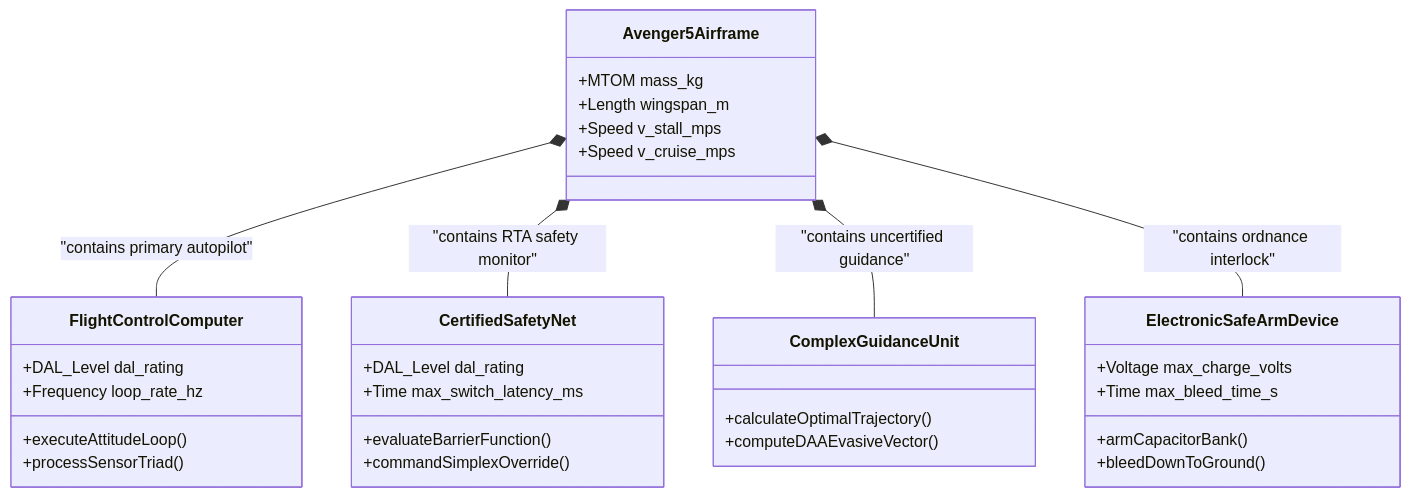
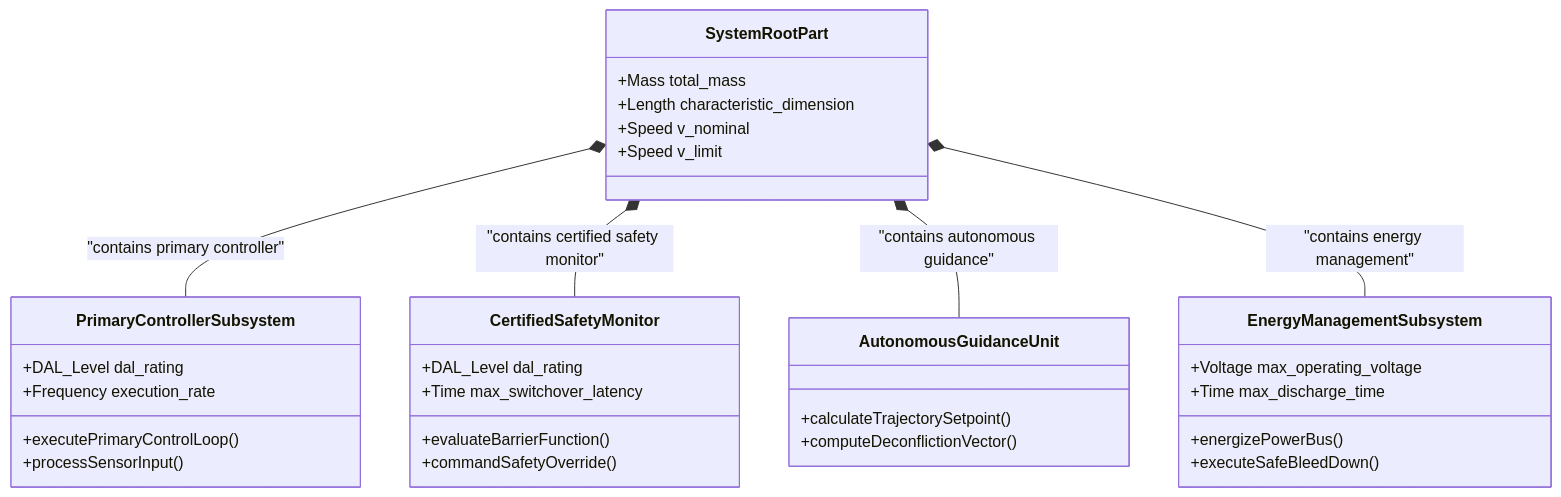
Before and after one commit to gintatkinson/DEAP01-spec-core: the second of 11 diagrams in docs/architecture/blueprints/DEAP_DETERMINISTIC_SAFETY_SPECIFICATION_COMPILER_BLUEPRINT.md, drawn with Mermaid. The commit also changed other lines of this file, not shown here.

Commit message:
docs(architecture): purify safety compiler blueprint to 100% abstract schema-driven AST formulation

````diff
--- a/docs/architecture/blueprints/DEAP_DETERMINISTIC_SAFETY_SPECIFICATION_COMPILER_BLUEPRINT.md
+++ b/docs/architecture/blueprints/DEAP_DETERMINISTIC_SAFETY_SPECIFICATION_COMPILER_BLUEPRINT.md
@@ -100,36 +101,36 @@
 ```mermaid
 classDiagram
-    class Avenger5Airframe {
-        +MTOM mass_kg
-        +Length wingspan_m
-        +Speed v_stall_mps
-        +Speed v_cruise_mps
+    class SystemRootPart {
+        +Mass total_mass
+        +Length characteristic_dimension
+        +Speed v_nominal
+        +Speed v_limit
     }
-    class FlightControlComputer {
+    class PrimaryControllerSubsystem {
         +DAL_Level dal_rating
-        +Frequency loop_rate_hz
-        +executeAttitudeLoop()
-        +processSensorTriad()
+        +Frequency execution_rate
+        +executePrimaryControlLoop()
+        +processSensorInput()
     }
-    class CertifiedSafetyNet {
+    class CertifiedSafetyMonitor {
         +DAL_Level dal_rating
-        +Time max_switch_latency_ms
+        +Time max_switchover_latency
         +evaluateBarrierFunction()
-        +commandSimplexOverride()
+        +commandSafetyOverride()
     }
-    class ComplexGuidanceUnit {
-        +calculateOptimalTrajectory()
-        +computeDAAEvasiveVector()
+    class AutonomousGuidanceUnit {
+        +calculateTrajectorySetpoint()
+        +computeDeconflictionVector()
     }
-    class ElectronicSafeArmDevice {
-        +Voltage max_charge_volts
-        +Time max_bleed_time_s
-        +armCapacitorBank()
-        +bleedDownToGround()
+    class EnergyManagementSubsystem {
+        +Voltage max_operating_voltage
+        +Time max_discharge_time
+        +energizePowerBus()
+        +executeSafeBleedDown()
     }
 
-    Avenger5Airframe *-- FlightControlComputer : "contains primary autopilot"
-    Avenger5Airframe *-- CertifiedSafetyNet : "contains RTA safety monitor"
-    Avenger5Airframe *-- ComplexGuidanceUnit : "contains uncertified guidance"
-    Avenger5Airframe *-- ElectronicSafeArmDevice : "contains ordnance interlock"
+    SystemRootPart *-- PrimaryControllerSubsystem : "contains primary controller"
+    SystemRootPart *-- CertifiedSafetyMonitor : "contains certified safety monitor"
+    SystemRootPart *-- AutonomousGuidanceUnit : "contains autonomous guidance"
+    SystemRootPart *-- EnergyManagementSubsystem : "contains energy management"
 ```
````
